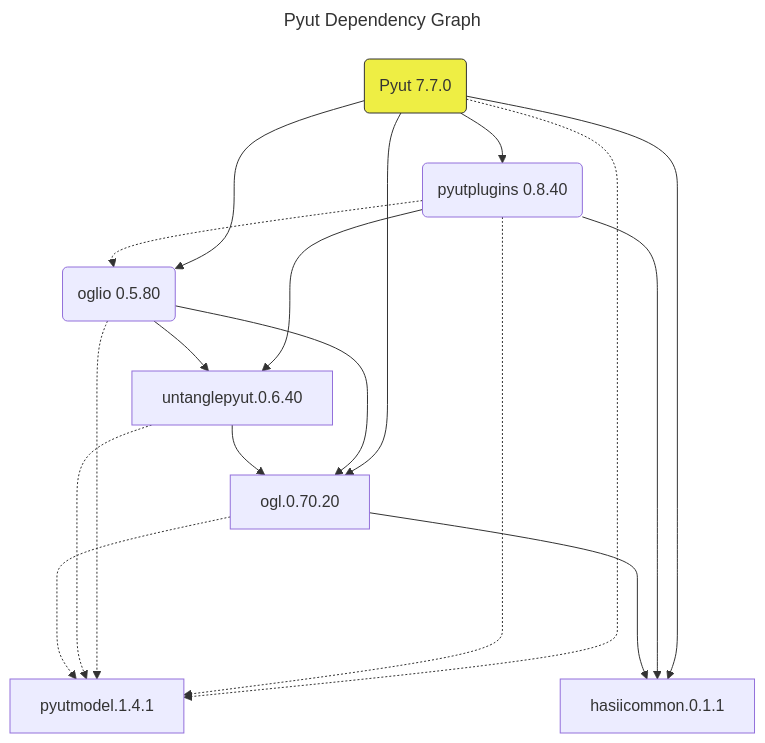
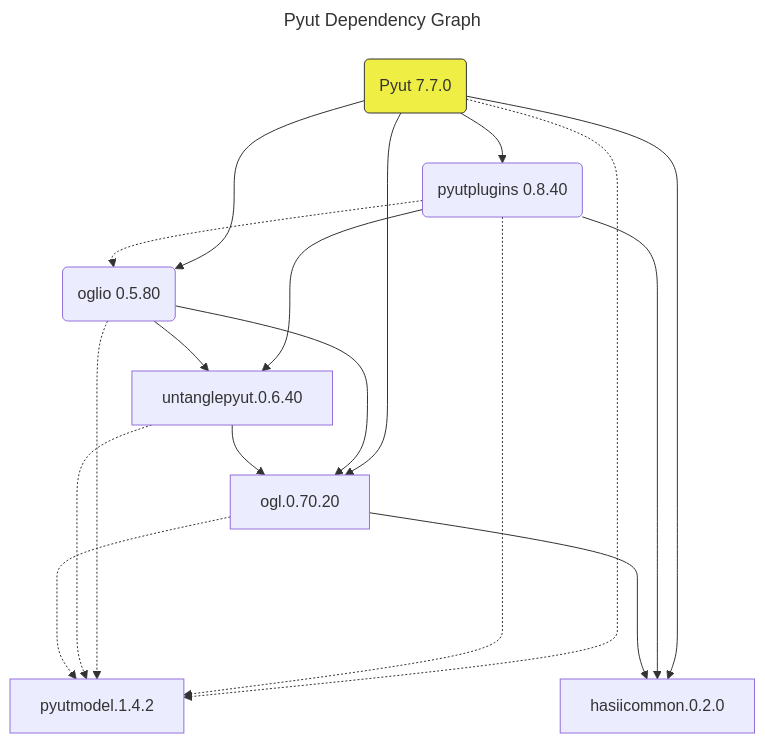
The diagram in README.md (hasii2011/versionoverlord), drawn with Mermaid before and after one commit. The commit also changed 13 other files, not shown here.

````diff
--- a/README.md
+++ b/README.md
@@ -17,21 +17,21 @@
 ```mermaid
 ---
 title: Pyut Dependency Graph
 ---
 flowchart
 	direction LR
 	
   pyut(Pyut 7.7.0) --> oglio(oglio 0.5.80)
   pyut(Pyut 7.7.0) --> pyutplugins(pyutplugins 0.8.40)
   
   pyutplugins(pyutplugins 0.8.40) -.-> oglio(oglio 0.5.80)
   pyutplugins(pyutplugins 0.8.40) & oglio(oglio 0.5.80) --> untanglepyut.0.6.40
 
    pyut(Pyut 7.7.0) & oglio(oglio 0.5.80) & untanglepyut.0.6.40 --> ogl.0.70.20
    
-   pyut(Pyut 7.7.0) &  pyutplugins(pyutplugins 0.8.40) &  oglio(oglio 0.5.80) &  untanglepyut.0.6.40 &  ogl.0.70.20 -...-> pyutmodel.1.4.1
-   pyut(Pyut 7.7.0) & pyutplugins(pyutplugins 0.8.40) & ogl.0.70.20 ----> hasiicommon.0.1.1
+   pyut(Pyut 7.7.0) &  pyutplugins(pyutplugins 0.8.40) &  oglio(oglio 0.5.80) &  untanglepyut.0.6.40 &  ogl.0.70.20 -...-> pyutmodel.1.4.2
+   pyut(Pyut 7.7.0) & pyutplugins(pyutplugins 0.8.40) & ogl.0.70.20 ----> hasiicommon.0.2.0
 
     style pyut fill:#ee4,stroke:#333,stroke-width:
     %% linkStyle 1 stroke:#ff3,stroke-width:4px,color:red;
 ```
````
